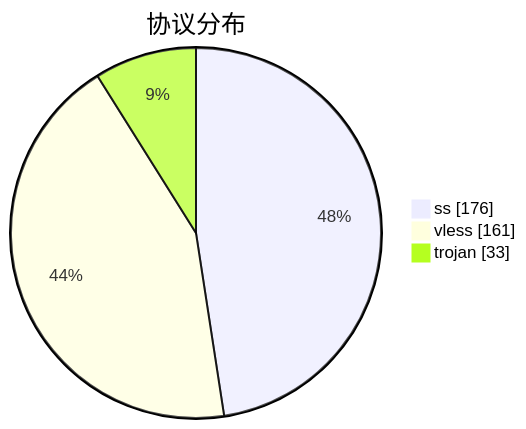
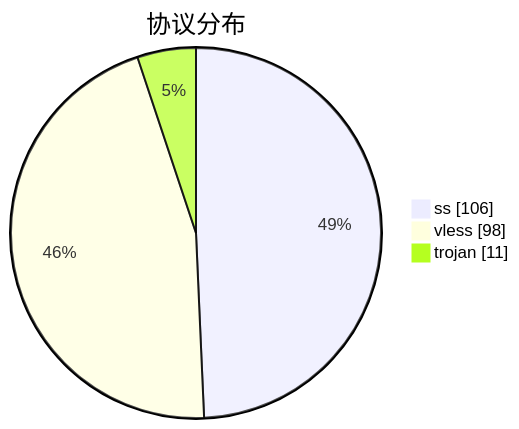
The third of 3 diagrams in subs/statistics/tested_within.md (qjlxg/airport), drawn with Mermaid before and after one commit. The commit also changed other lines of this file and 2 other files, not shown here.

````diff
--- a/subs/statistics/tested_within.md
+++ b/subs/statistics/tested_within.md
@@ -37,7 +29,7 @@
 ```mermaid
 pie showData
 title 协议分布
-"ss" : 176
-"vless" : 161
-"trojan" : 33
+"ss" : 106
+"vless" : 98
+"trojan" : 11
 ```
````
